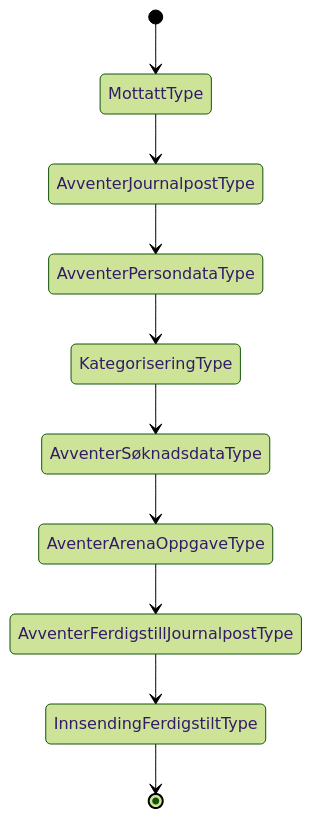
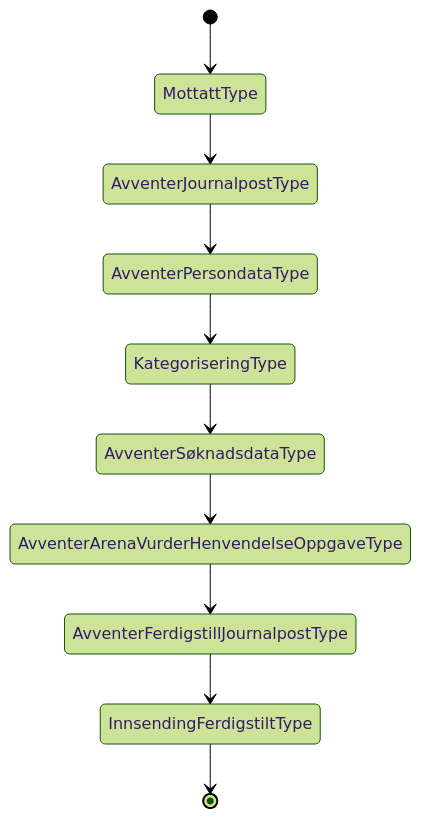
One commit to navikt/dp-mottak changed the diagram in docs/arkitektur/tilstander/GENERELL_INNSENDING.approved.md. Above: the diagram before and after it, drawn with Mermaid (forest theme). The commit also changed 23 other files, not shown here.

````diff
--- a/docs/arkitektur/tilstander/GENERELL_INNSENDING.approved.md
+++ b/docs/arkitektur/tilstander/GENERELL_INNSENDING.approved.md
@@ -3,12 +3,12 @@
 ```mermaid
    stateDiagram
    [*]-->MottattType
    	MottattType --> AvventerJournalpostType
 	AvventerJournalpostType --> AvventerPersondataType
 	AvventerPersondataType --> KategoriseringType
 	KategoriseringType --> AvventerSøknadsdataType
-	AvventerSøknadsdataType --> AventerArenaOppgaveType
-	AventerArenaOppgaveType --> AvventerFerdigstillJournalpostType
+	AvventerSøknadsdataType --> AvventerArenaVurderHenvendelseOppgaveType
+	AvventerArenaVurderHenvendelseOppgaveType --> AvventerFerdigstillJournalpostType
 	AvventerFerdigstillJournalpostType --> InnsendingFerdigstiltType
    InnsendingFerdigstiltType--> [*]    
 ```
````
